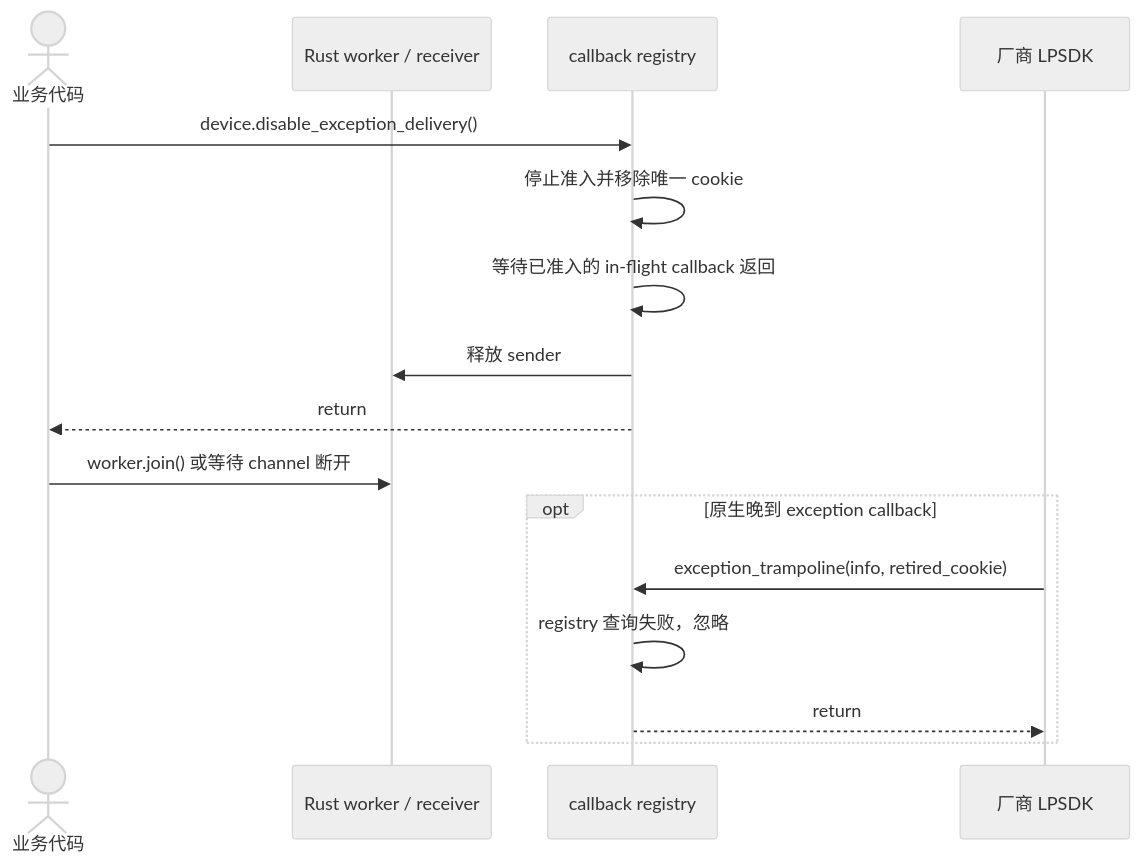
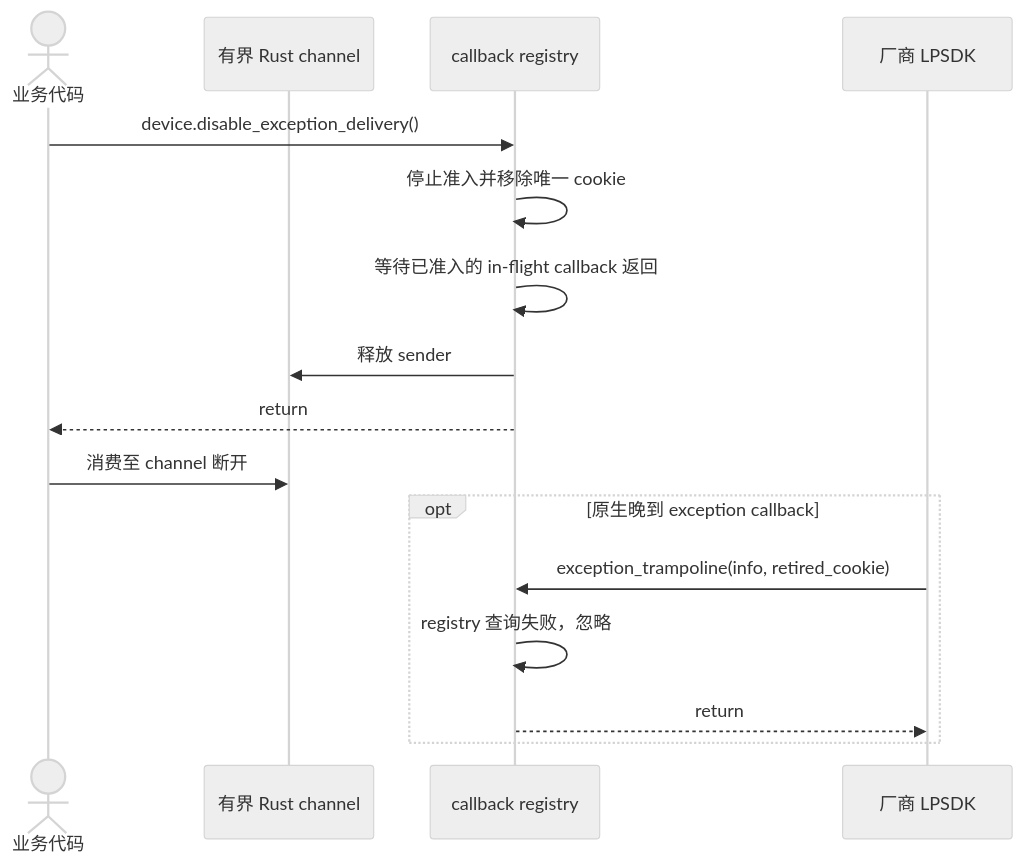
Before and after one commit to JSB-Unscarred/3dmvs-sdk-rs: the second of 2 diagrams in 时序图/callback-采集与停止.md, drawn with Mermaid (neutral theme). The commit also changed other lines of this file and 49 other files, not shown here.

````diff
--- a/时序图/callback-采集与停止.md
+++ b/时序图/callback-采集与停止.md
@@ -87,19 +94,19 @@
 ```mermaid
 sequenceDiagram
     actor App as 业务代码
-    participant Worker as Rust worker / receiver
+    participant Queue as 有界 Rust channel
     participant Core as callback registry
     participant Native as 厂商 LPSDK
 
     App->>Core: device.disable_exception_delivery()
     Core->>Core: 停止准入并移除唯一 cookie
     Core->>Core: 等待已准入的 in-flight callback 返回
-    Core->>Worker: 释放 sender
+    Core->>Queue: 释放 sender
     Core-->>App: return
-    App->>Worker: worker.join() 或等待 channel 断开
+    App->>Queue: 消费至 channel 断开
     opt 原生晚到 exception callback
         Native->>Core: exception_trampoline(info, retired_cookie)
         Core->>Core: registry 查询失败，忽略
         Core-->>Native: return
     end
 ```
````
